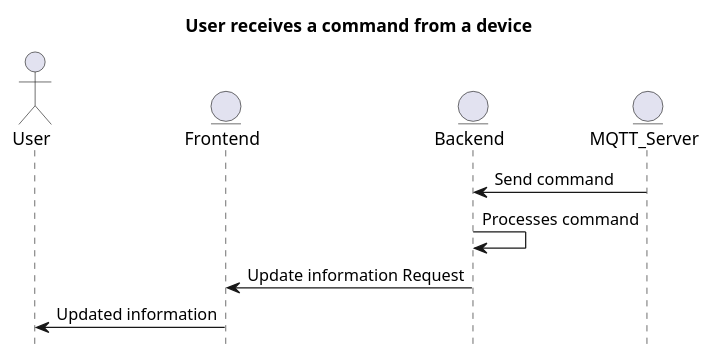
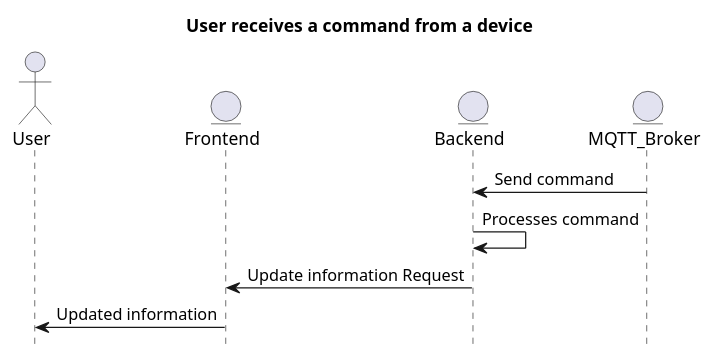
The diagram in comiot/Diagrams/DSeqUserReceiveCmd.puml (hectorgastaminza/Iot), drawn with PlantUML before and after one commit. The commit also changed 6 other files, not shown here.

```diff
--- a/comiot/Diagrams/DSeqUserReceiveCmd.puml
+++ b/comiot/Diagrams/DSeqUserReceiveCmd.puml
@@ -1,14 +1,14 @@
 @startuml
 hide footbox
 title User receives a command from a device
 
 actor User
 entity Frontend
 entity Backend
-entity MQTT_Server
+entity MQTT_Broker
 
-MQTT_Server -> Backend: Send command
+MQTT_Broker -> Backend: Send command
 Backend -> Backend: Processes command
 Backend -> Frontend: Update information Request
 Frontend -> User: Updated information
 @enduml
```
